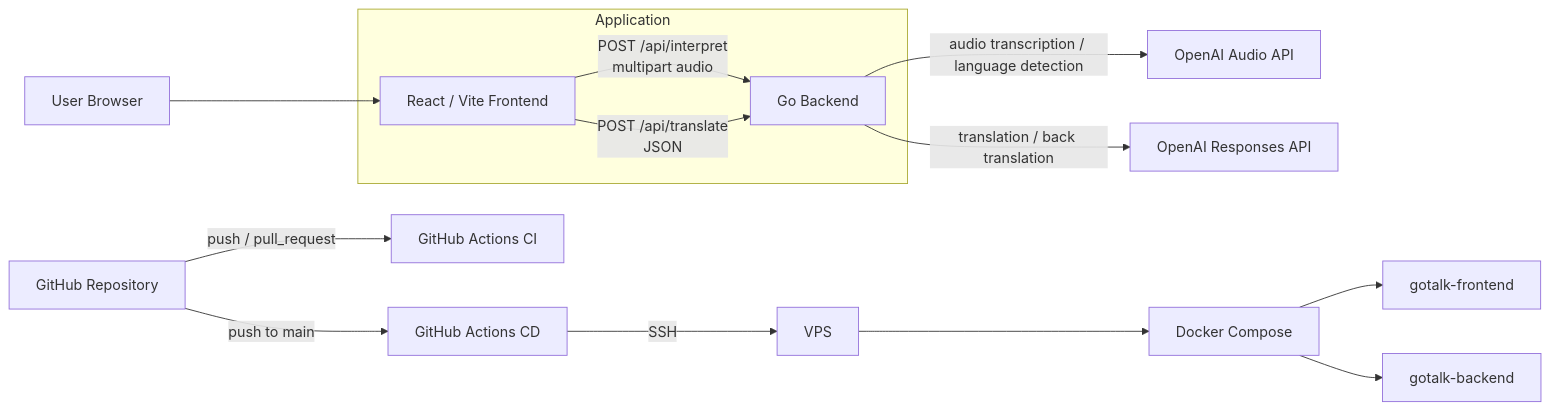
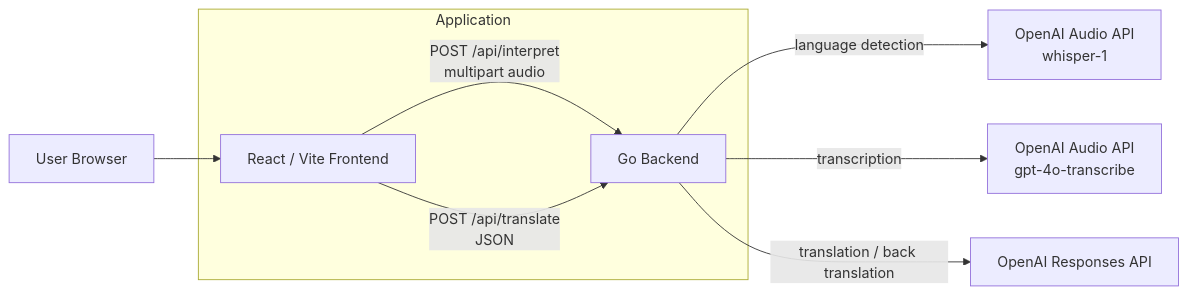
Before and after one commit to shin-arita/gotalk: the diagram in docs/architecture.md, drawn with Mermaid. The commit also changed other lines of this file and 4 other files, not shown here.

````diff
--- a/docs/architecture.md
+++ b/docs/architecture.md
@@ -9,20 +9,14 @@
 ```mermaid
 flowchart LR
   User[User Browser] --> Frontend[React / Vite Frontend]
   Frontend -->|POST /api/interpret<br/>multipart audio| Backend[Go Backend]
   Frontend -->|POST /api/translate<br/>JSON| Backend
-  Backend -->|audio transcription / language detection| Whisper[OpenAI Audio API]
+  Backend -->|language detection| Whisper[OpenAI Audio API<br/>whisper-1]
+  Backend -->|transcription| Transcribe[OpenAI Audio API<br/>gpt-4o-transcribe]
   Backend -->|translation / back translation| Responses[OpenAI Responses API]
 
   subgraph Application
     Frontend
     Backend
   end
-
-  GitHub[GitHub Repository] -->|push / pull_request| CI[GitHub Actions CI]
-  GitHub -->|push to main| CD[GitHub Actions CD]
-  CD -->|SSH| VPS[VPS]
-  VPS --> Docker[Docker Compose]
-  Docker --> FrontendContainer[gotalk-frontend]
-  Docker --> BackendContainer[gotalk-backend]
 ```
````
